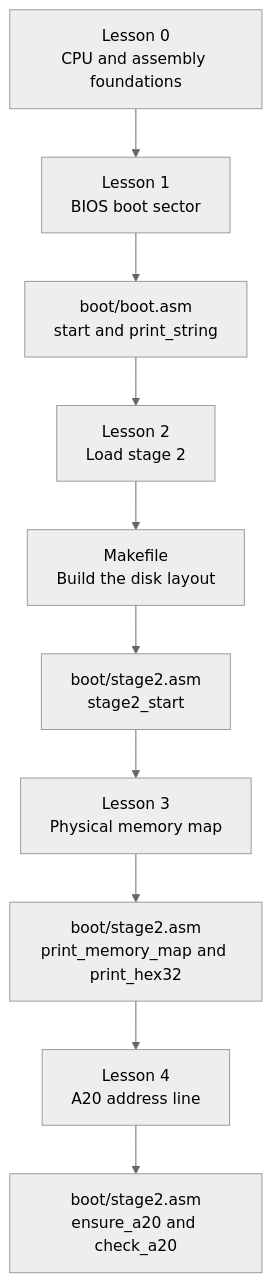
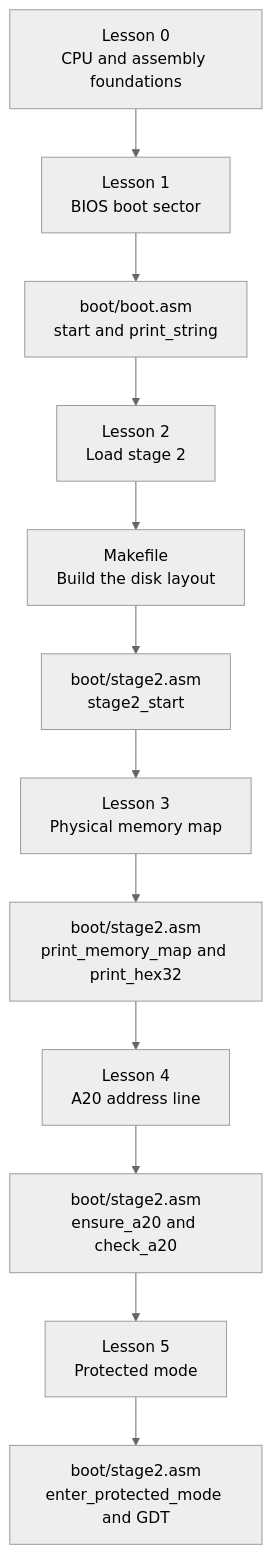
The diagram in CODE_READING_MAP.md (angellovc/AngelOS), drawn with Mermaid (neutral theme) before and after one commit. The commit also changed other lines of this file and 3 other files, not shown here.

Commit message:
add protected mode lesson

````diff
--- a/CODE_READING_MAP.md
+++ b/CODE_READING_MAP.md
@@ -24,15 +24,17 @@
 ```mermaid
 flowchart TD
     L0["Lesson 0<br/>CPU and assembly foundations"]
     B1["boot/boot.asm<br/>start and print_string"]
     L1["Lesson 1<br/>BIOS boot sector"]
     M["Makefile<br/>Build the disk layout"]
     L2["Lesson 2<br/>Load stage 2"]
     S2["boot/stage2.asm<br/>stage2_start"]
     L3["Lesson 3<br/>Physical memory map"]
     MAP["boot/stage2.asm<br/>print_memory_map and print_hex32"]
     L4["Lesson 4<br/>A20 address line"]
     A20["boot/stage2.asm<br/>ensure_a20 and check_a20"]
+    L5["Lesson 5<br/>Protected mode"]
+    PM["boot/stage2.asm<br/>enter_protected_mode and GDT"]
 
-    L0 --> L1 --> B1 --> L2 --> M --> S2 --> L3 --> MAP --> L4 --> A20
+    L0 --> L1 --> B1 --> L2 --> M --> S2 --> L3 --> MAP --> L4 --> A20 --> L5 --> PM
 ```
````
